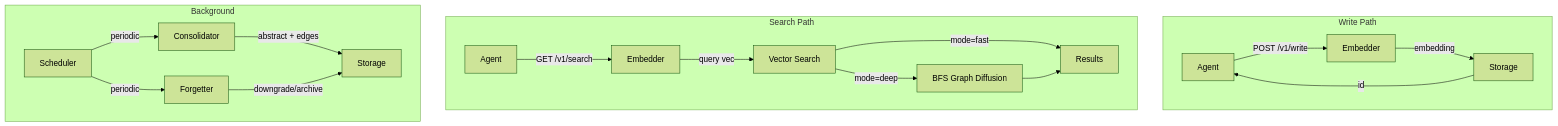
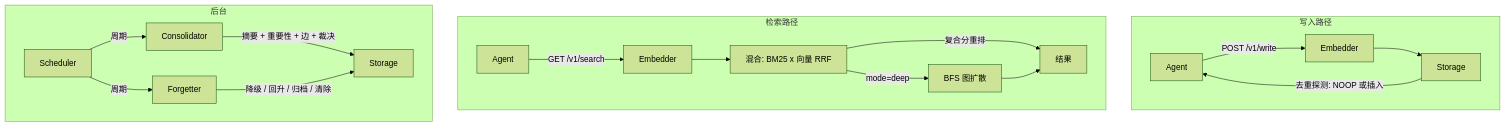
The first of 2 diagrams in docs/SPEC_CN.md (TtTRz/MerkurDB), drawn with Mermaid (forest theme) before and after one commit. The commit also changed other lines of this file and 12 other files, not shown here.

````diff
--- a/docs/SPEC_CN.md
+++ b/docs/SPEC_CN.md
@@ -56,23 +44,23 @@
 ```mermaid
 flowchart TB
-    subgraph Write Path
+    subgraph 写入路径
         A[Agent] -->|POST /v1/write| E[Embedder]
-        E -->|embedding| S[Storage]
-        S -->|id| A
+        E --> S[Storage]
+        S -->|去重探测: NOOP 或插入| A
     end
 
-    subgraph Search Path
+    subgraph 检索路径
         A2[Agent] -->|GET /v1/search| E2[Embedder]
-        E2 -->|query vec| VS[Vector Search]
-        VS -->|mode=fast| R[Results]
-        VS -->|mode=deep| BFS[BFS Graph Diffusion]
+        E2 --> H[混合: BM25 x 向量 RRF]
+        H -->|复合分重排| R[结果]
+        H -->|mode=deep| BFS[BFS 图扩散]
         BFS --> R
     end
 
-    subgraph Background
-        SCH[Scheduler] -->|periodic| CON[Consolidator]
-        CON -->|abstract + edges| S2[Storage]
-        SCH -->|periodic| FOR[Forgetter]
-        FOR -->|downgrade/archive| S2
+    subgraph 后台
+        SCH[Scheduler] -->|周期| CON[Consolidator]
+        CON -->|摘要 + 重要性 + 边 + 裁决| S2[Storage]
+        SCH -->|周期| FOR[Forgetter]
+        FOR -->|降级 / 回升 / 归档 / 清除| S2
     end
 ```
````
